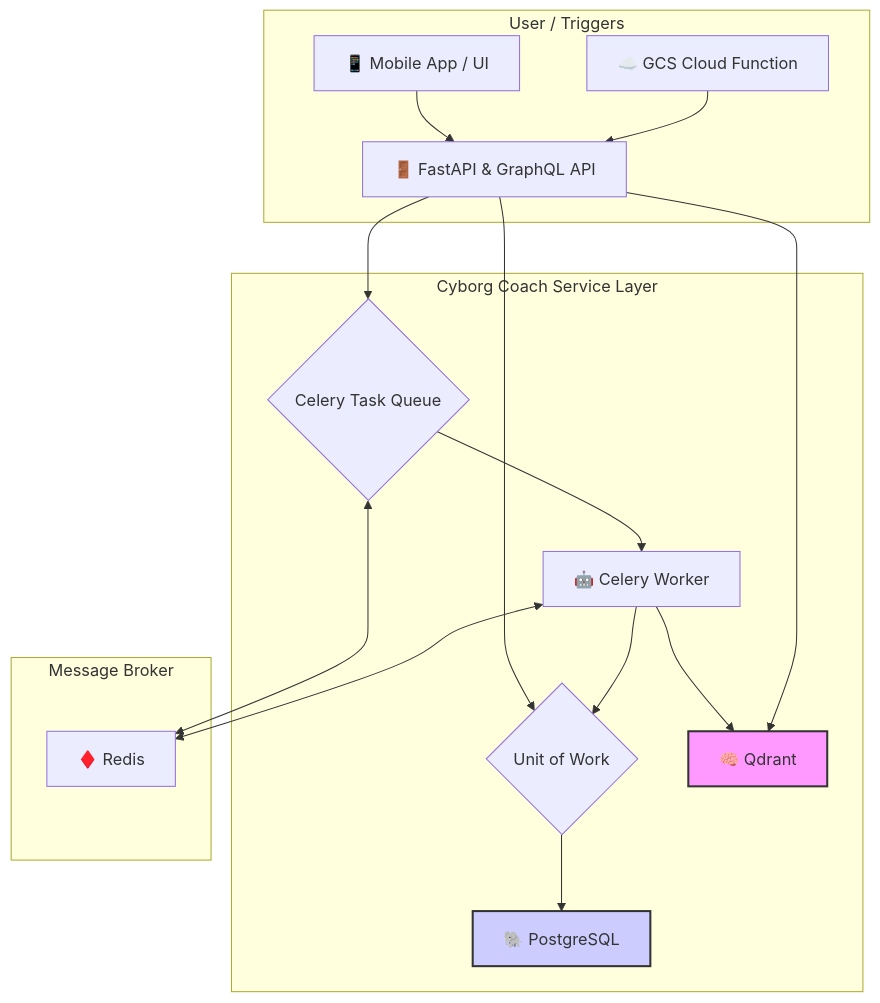
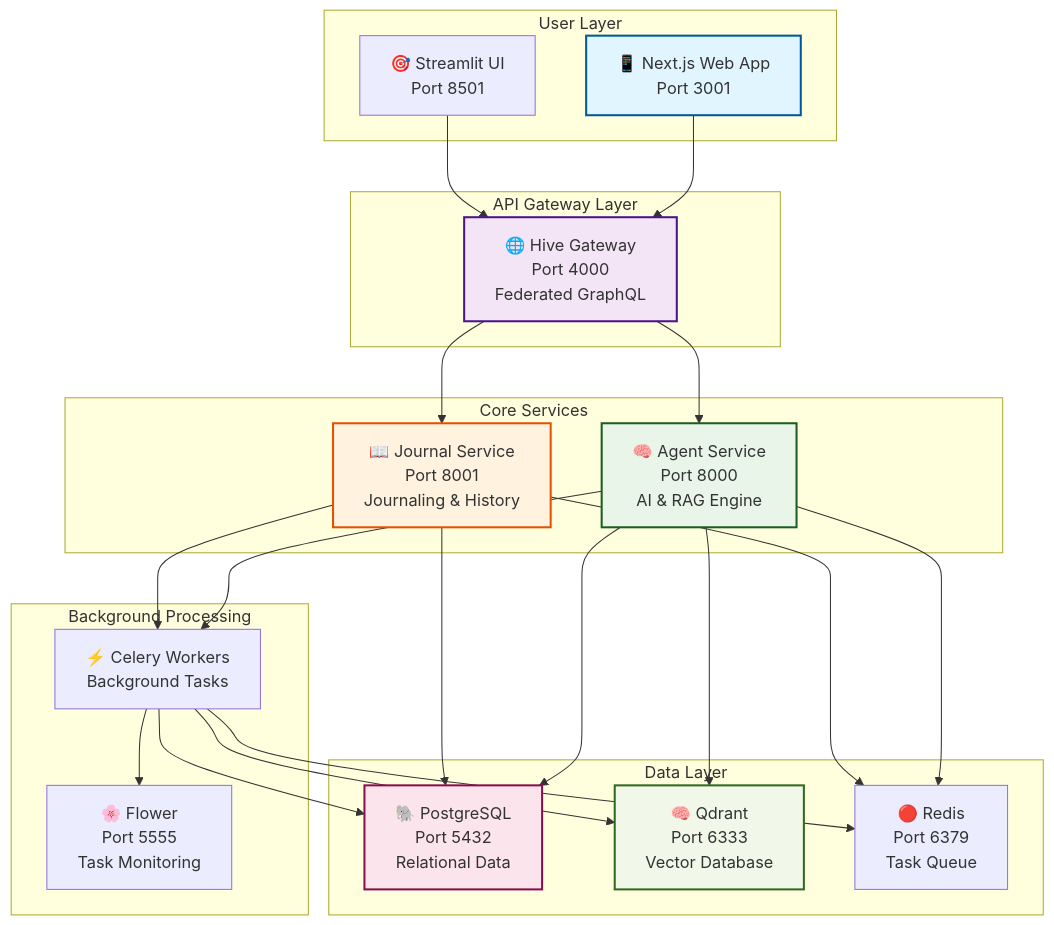
Before and after one commit to Peleke/MindMirror: the first of 2 diagrams in README.md, drawn with Mermaid. The commit also changed other lines of this file and 5 other files, not shown here.

````diff
--- a/README.md
+++ b/README.md
@@ -19,27 +83,52 @@
 ```mermaid
-graph TD
-    subgraph "User / Triggers"
-        A[📱 Mobile App / UI] --> B;
-        C[☁️ GCS Cloud Function] --> B;
+graph TB
+    subgraph "User Layer"
+        A[📱 Next.js Web App<br/>Port 3001] 
+        B[🎯 Streamlit UI<br/>Port 8501]
     end
 
-    subgraph "Cyborg Coach Service Layer"
-        B[🚪 FastAPI & GraphQL API] --> D{Unit of Work};
-        B --> E{Celery Task Queue};
-
-        D --> F[🐘 PostgreSQL];
-        E --> G[🤖 Celery Worker];
-
-        G --> D;
-        G --> H[🧠 Qdrant];
-        B --> H;
+    subgraph "API Gateway Layer"
+        C[🌐 Hive Gateway<br/>Port 4000<br/>Federated GraphQL]
     end
 
-    subgraph "Message Broker"
-        E <--> I[♦️ Redis];
-        G <--> I;
+    subgraph "Core Services"
+        D[🧠 Agent Service<br/>Port 8000<br/>AI & RAG Engine]
+        E[📖 Journal Service<br/>Port 8001<br/>Journaling & History]
     end
 
-    style F fill:#ccf,stroke:#333,stroke-width:2px
-    style H fill:#f9f,stroke:#333,stroke-width:2px
+    subgraph "Background Processing"
+        F[⚡ Celery Workers<br/>Background Tasks]
+        G[🌸 Flower<br/>Port 5555<br/>Task Monitoring]
+    end
+
+    subgraph "Data Layer"
+        H[🐘 PostgreSQL<br/>Port 5432<br/>Relational Data]
+        I[🧠 Qdrant<br/>Port 6333<br/>Vector Database]
+        J[🔴 Redis<br/>Port 6379<br/>Task Queue]
+    end
+
+    A --> C
+    B --> C
+    C --> D
+    C --> E
+    
+    D --> F
+    E --> F
+    F --> G
+    
+    D --> H
+    D --> I
+    D --> J
+    E --> H
+    E --> J
+    F --> H
+    F --> I
+    F --> J
+
+    style A fill:#e1f5fe,stroke:#01579b,stroke-width:2px
+    style C fill:#f3e5f5,stroke:#4a148c,stroke-width:2px
+    style D fill:#e8f5e8,stroke:#1b5e20,stroke-width:2px
+    style E fill:#fff3e0,stroke:#e65100,stroke-width:2px
+    style H fill:#fce4ec,stroke:#880e4f,stroke-width:2px
+    style I fill:#f1f8e9,stroke:#33691e,stroke-width:2px
 ```
````
